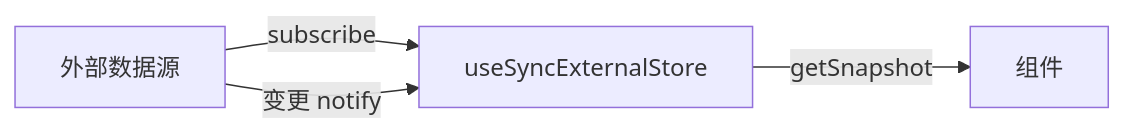
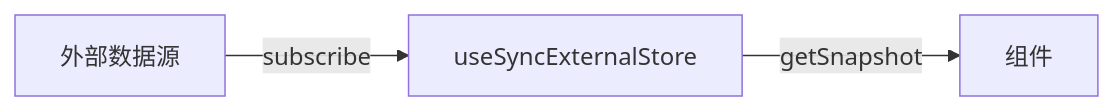
One commit to YancyZ/Knowledge-base changed the diagram in 前端框架篇/React/05-Hooks体系/06-useId-useSyncExternalStore等.md. Above: the diagram before and after it, drawn with Mermaid. The commit also changed other lines of this file and 224 other files, not shown here.

````diff
--- a/前端框架篇/React/05-Hooks体系/06-useId-useSyncExternalStore等.md
+++ b/前端框架篇/React/05-Hooks体系/06-useId-useSyncExternalStore等.md
@@ -71,7 +71,6 @@
 ```mermaid
 flowchart LR
   Store[外部数据源]
   Store -->|subscribe| React[useSyncExternalStore]
   React -->|getSnapshot| UI[组件]
-  Store -->|变更 notify| React
 ```
````
